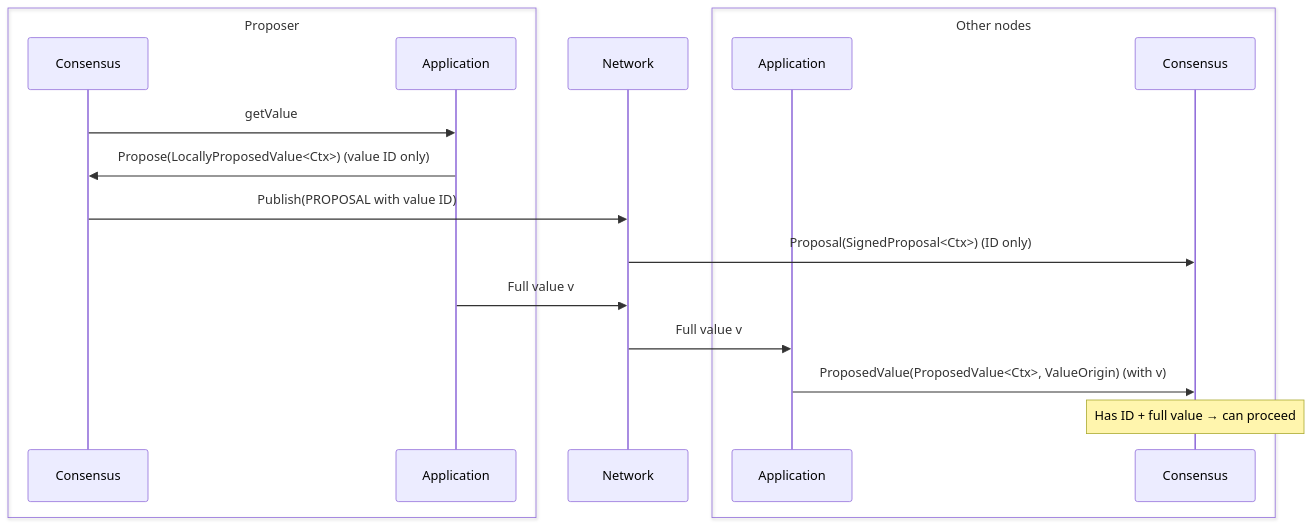
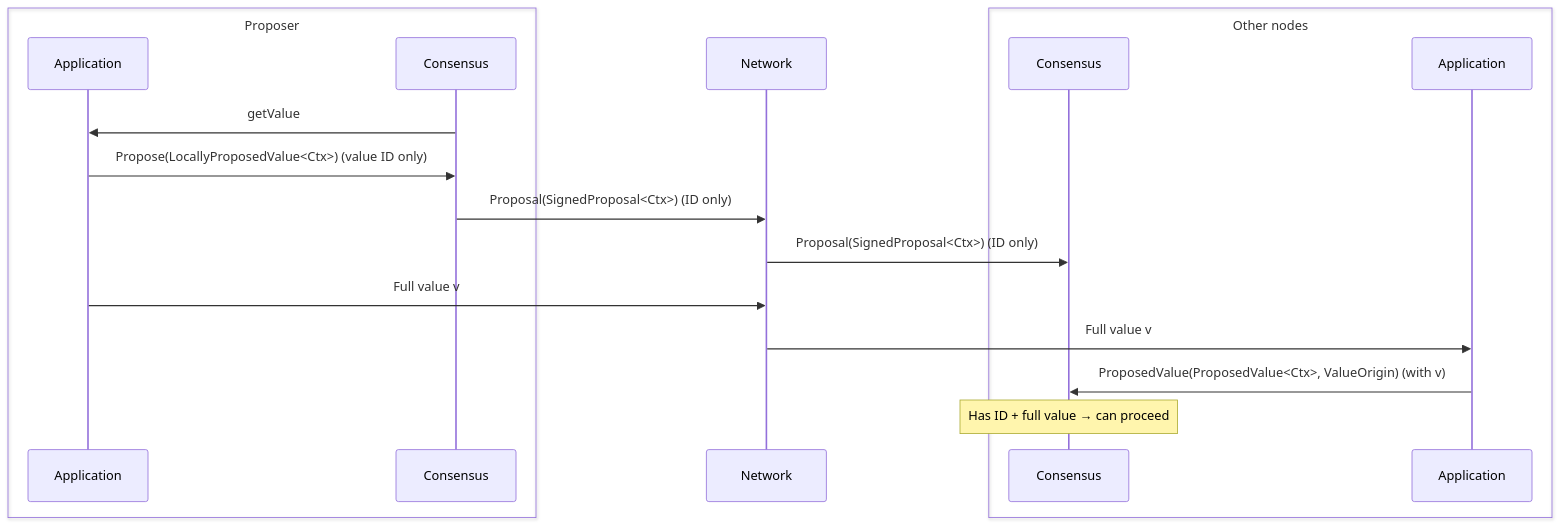
Before and after one commit to circlefin/malachite: the second of 3 diagrams in docs/architecture/adr-003-values-propagation.md, drawn with Mermaid. The commit also changed other lines of this file, not shown here.

Commit message:
fix: diagrams

````diff
--- a/docs/architecture/adr-003-values-propagation.md
+++ b/docs/architecture/adr-003-values-propagation.md
@@ -151,25 +151,25 @@
 ```mermaid
 sequenceDiagram
     box Proposer
+      participant A1 as Application
       participant C1 as Consensus
-      participant A1 as Application
     end
 
     participant N as Network
     
     box Other nodes
+      participant C2 as Consensus
       participant A2 as Application
-      participant C2 as Consensus
     end
 
     C1->>A1: getValue
     A1->>C1: Propose(LocallyProposedValue<Ctx>) (value ID only)
-    C1->>N: Publish(PROPOSAL with value ID)
+    C1->>N: Proposal(SignedProposal<Ctx>) (ID only)
     N->>C2: Proposal(SignedProposal<Ctx>) (ID only)
 
     A1->>N: Full value v
     N->>A2: Full value v
     A2->>C2: ProposedValue(ProposedValue<Ctx>, ValueOrigin) (with v)
 
     Note over C2: Has ID + full value → can proceed
 ```
````
